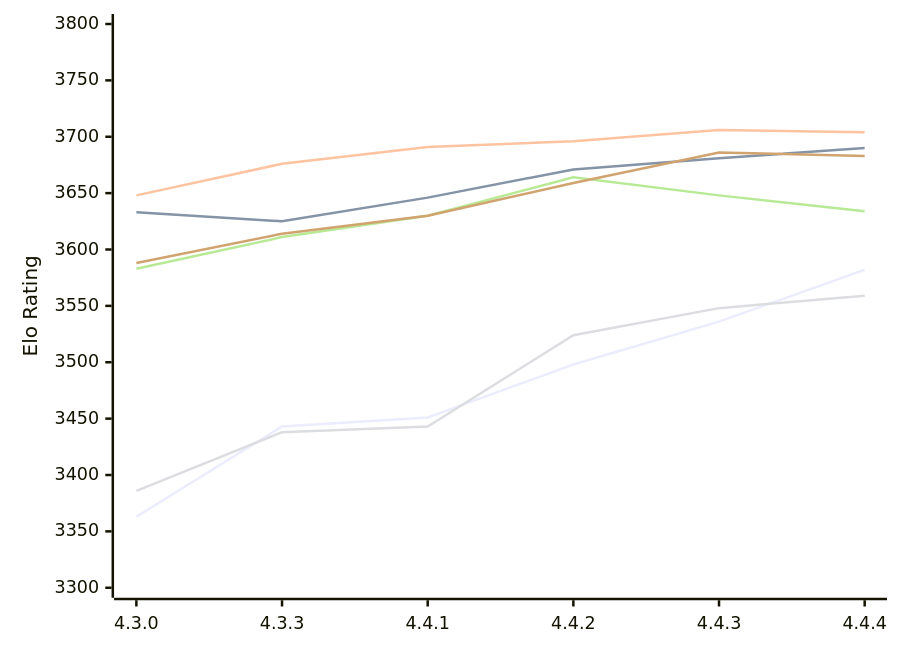
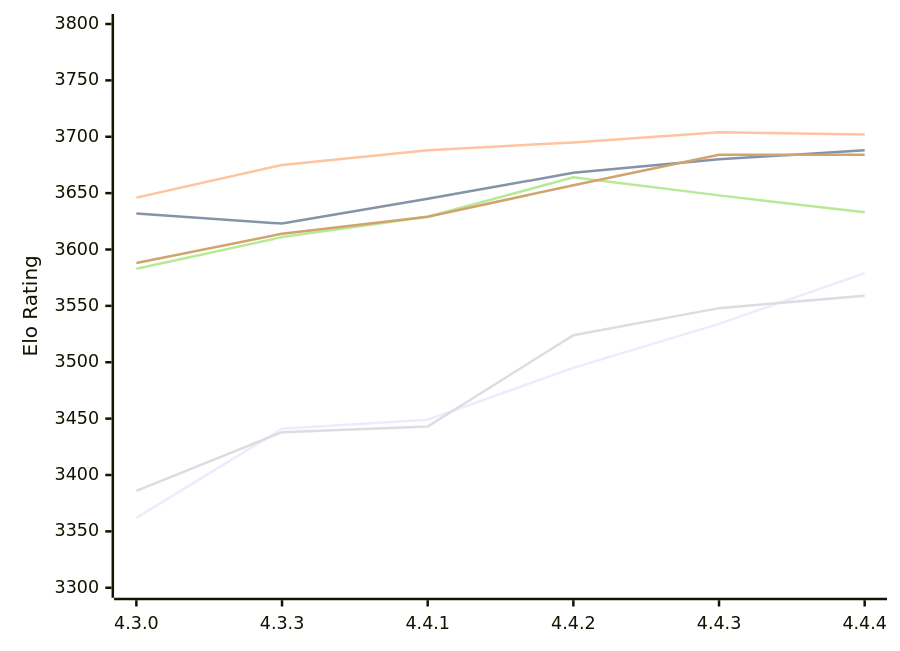
One commit to computer-chess-index/cci changed the first of 2 diagrams in engines/Gaia.md. Above: the diagram before and after it, drawn with Mermaid. The commit also changed other lines of this file, not shown here.

Commit message:
Update CCI Ratings (ELO VLTC) - 2026-11-27

````diff
--- a/engines/Gaia.md
+++ b/engines/Gaia.md
@@ -63,12 +63,12 @@
 ```mermaid
 %%{init: {"theme":"base","themeVariables":{"seriesColors:['#a3a3a3','#222221','#faa371']}}}%%
 xychart-beta
   x-axis ["4.3.0", "4.3.3", "4.4.1", "4.4.2", "4.4.3", "4.4.4"]
   y-axis "Elo Rating" 3300 --> 3800
-  line "E1: STC (8.0+0.08s)" [3363, 3443, 3451, 3498, 3536, 3582]
-  line "E1: LTC (60.0+0.60s)" [3633, 3625, 3646, 3671, 3681, 3690]
-  line "E1: VLTC (2m24s+1.12s)" [3648, 3676, 3691, 3696, 3706, 3704]
+  line "E1: STC (8.0+0.08s)" [3362, 3441, 3449, 3495, 3534, 3579]
+  line "E1: LTC (60.0+0.60s)" [3632, 3623, 3645, 3668, 3680, 3688]
+  line "E1: VLTC (2m24s+1.12s)" [3646, 3675, 3688, 3695, 3704, 3702]
   line "P1: STC (8.0+0.08s)" [3386, 3438, 3443, 3524, 3548, 3559]
-  line "P1: LTC (60.0+0.60s)" [3583, 3611, 3630, 3664, 3648, 3634]
-  line "P1: VLTC (2m24s+1.12s)" [3588, 3614, 3630, 3659, 3686, 3683]
+  line "P1: LTC (60.0+0.60s)" [3583, 3611, 3629, 3664, 3648, 3633]
+  line "P1: VLTC (2m24s+1.12s)" [3588, 3614, 3629, 3657, 3684, 3684]
 ```
````
